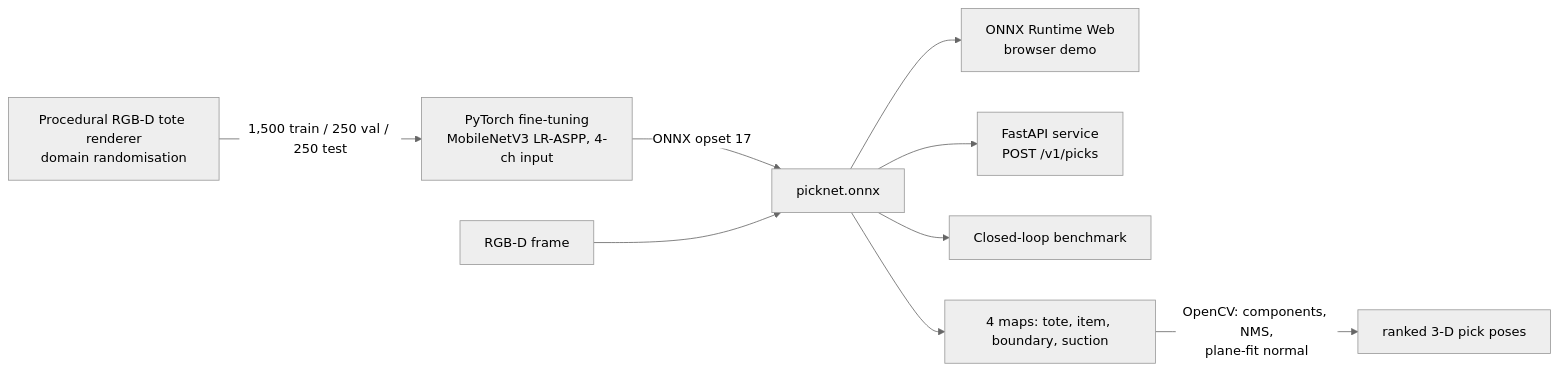
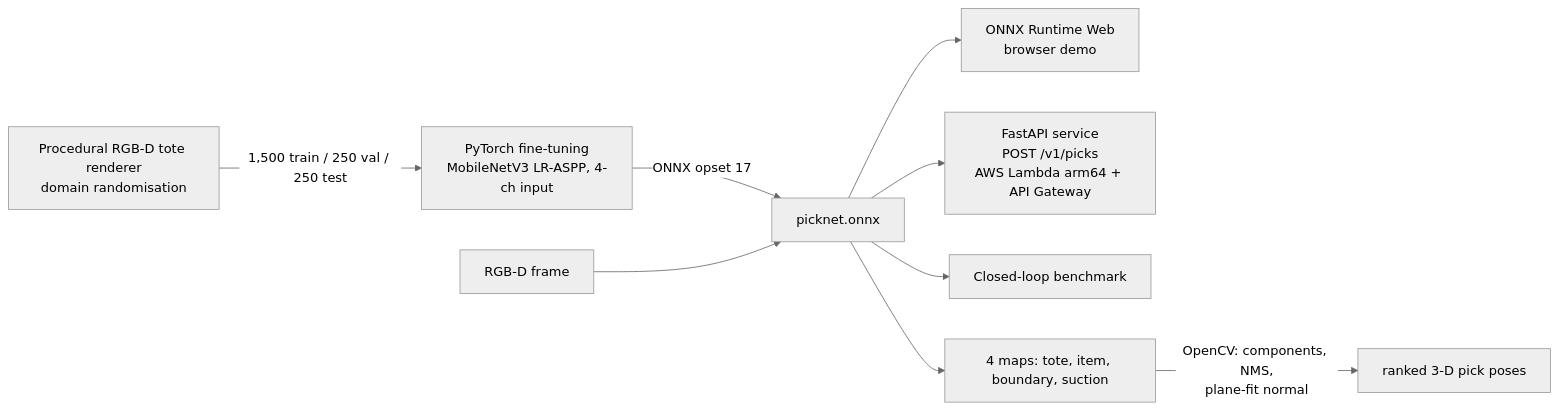
The diagram in README.md (Nags-gk/pickvision), drawn with Mermaid (neutral theme) before and after one commit. The commit also changed other lines of this file and 20 other files, not shown here.

First line of the commit message:
Deploy inference API to AWS Lambda + API Gateway (CDK); browser/AWS toggle in demo

````diff
--- a/README.md
+++ b/README.md
@@ -46,10 +46,10 @@
 ```mermaid
 flowchart LR
   G[Procedural RGB-D tote renderer<br/>domain randomisation] -->|1,500 train / 250 val / 250 test| T[PyTorch fine-tuning<br/>MobileNetV3 LR-ASPP, 4-ch input]
   T -->|ONNX opset 17| O[picknet.onnx]
   O --> W[ONNX Runtime Web<br/>browser demo]
-  O --> F[FastAPI service<br/>POST /v1/picks]
+  O --> F[FastAPI service<br/>POST /v1/picks<br/>AWS Lambda arm64 + API Gateway]
   O --> E[Closed-loop benchmark]
   C[RGB-D frame] --> O --> M[4 maps: tote, item, boundary, suction]
   M -->|OpenCV: components, NMS,<br/>plane-fit normal| P[ranked 3-D pick poses]
 ```
````
